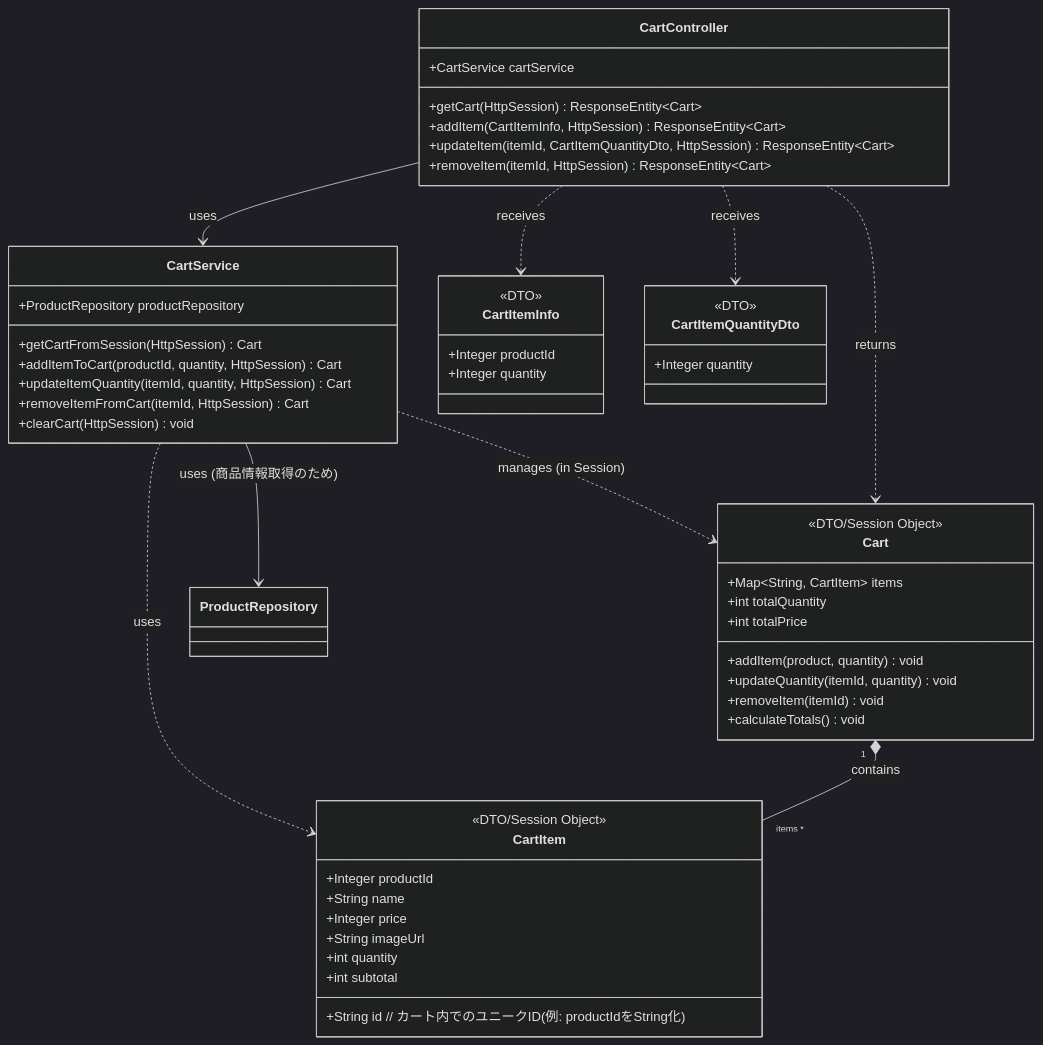
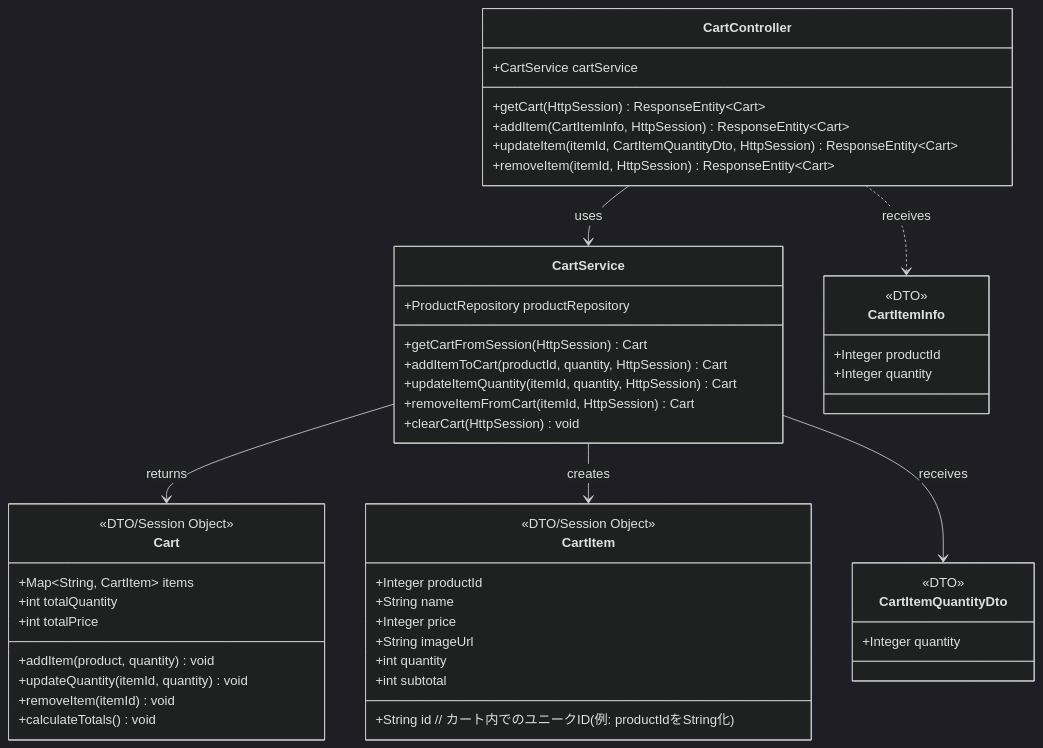
One commit to natsumiumeda/Jobs changed diagram 15 of 18 in 詳細設計/詳細設計書.md. Above: the diagram before and after it, drawn with Mermaid (dark theme). The commit also changed other lines of this file, not shown here.

```diff
--- a/詳細設計/詳細設計書.md
+++ b/詳細設計/詳細設計書.md
@@ -808,56 +707,63 @@
 <div class="mermaid">
 classDiagram
+    %% Controller
     class CartController {
         +CartService cartService
         +getCart(HttpSession) ResponseEntity~Cart~
         +addItem(CartItemInfo, HttpSession) ResponseEntity~Cart~
         +updateItem(itemId, CartItemQuantityDto, HttpSession) ResponseEntity~Cart~
         +removeItem(itemId, HttpSession) ResponseEntity~Cart~
     }
+
+    %% Service
     class CartService {
         +ProductRepository productRepository
         +getCartFromSession(HttpSession) Cart
         +addItemToCart(productId, quantity, HttpSession) Cart
         +updateItemQuantity(itemId, quantity, HttpSession) Cart
         +removeItemFromCart(itemId, HttpSession) Cart
         +clearCart(HttpSession) void
     }
+
+    %% DTO
     class Cart {
         <<DTO/Session Object>>
         +Map~String, CartItem~ items
         +int totalQuantity
         +int totalPrice
         +addItem(product, quantity) void
         +updateQuantity(itemId, quantity) void
         +removeItem(itemId) void
         +calculateTotals() void
     }
+
     class CartItem {
         <<DTO/Session Object>>
         +String id  // カート内でのユニークID (例: productIdをString化)
         +Integer productId
         +String name
         +Integer price
         +String imageUrl
         +int quantity
         +int subtotal
     }
-    class CartItemInfo{
+
+    class CartItemInfo {
         <<DTO>>
         +Integer productId
         +Integer quantity
     }
-     class CartItemQuantityDto{
-        <<DTO>>
+
+    class CartItemQuantityDto {
+         <<DTO>>
         +Integer quantity
     }
 
+    %% 関係
     CartController --> CartService : uses
-    CartService --> ProductRepository : uses (商品情報取得のため)
-    CartService ..> Cart : manages (in Session)
-    CartService ..> CartItem : uses
-    Cart "1" *-- "items *" CartItem : contains
-    CartController ..> Cart : returns
+    CartService --> Cart : returns
+    CartService --> CartItem : creates
     CartController ..> CartItemInfo : receives
-    CartController ..> CartItemQuantityDto : receives
+    CartService --> CartItemQuantityDto : receives
+
 </div>
```
